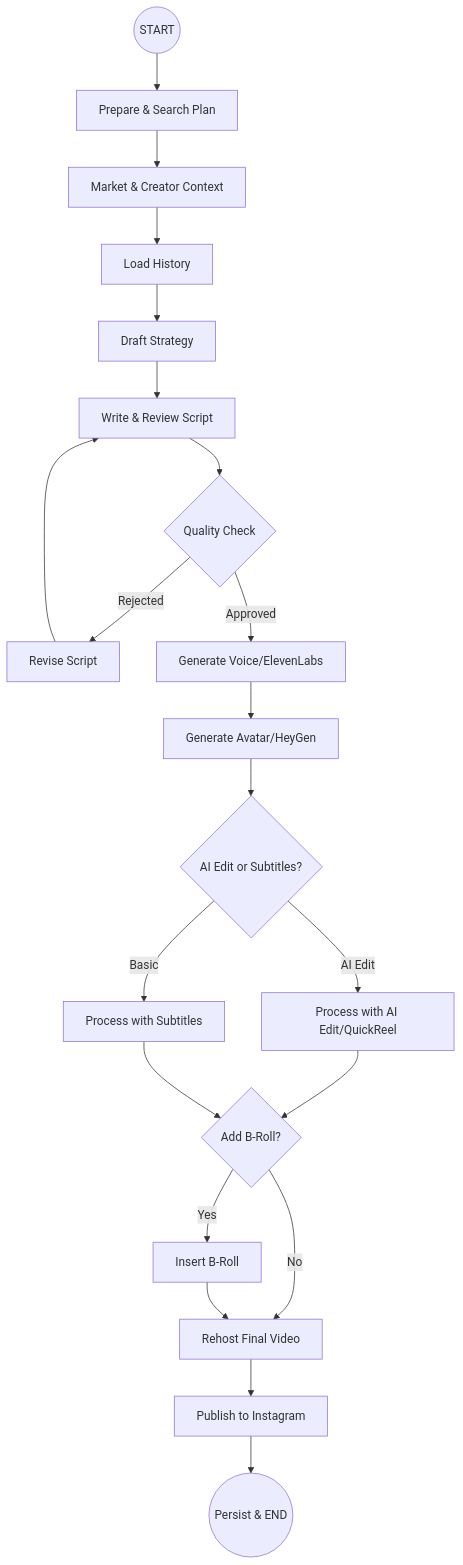
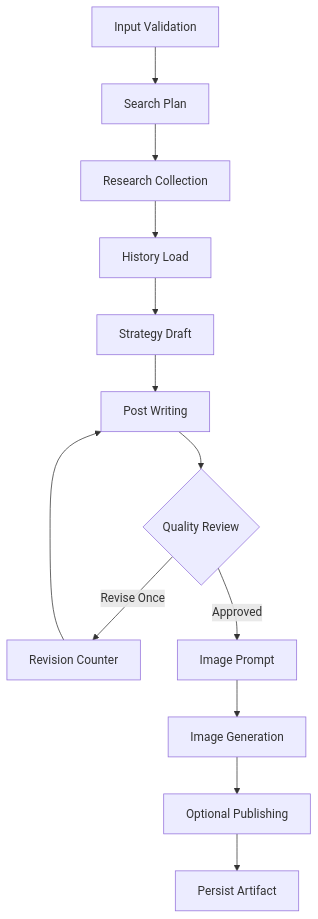
One commit to shivamrajput-py/Content-Automation-AgenticAI changed the second of 3 diagrams in README.md. Above: the diagram before and after it, drawn with Mermaid. The commit also changed other lines of this file and 24 other files, not shown here.

````diff
--- a/README.md
+++ b/README.md
@@ -50,35 +136,15 @@
 ```mermaid
 graph TD
-    Start((START))
-    Prep[Prepare & Search Plan]
-    Research[Market & Creator Context]
-    History[Load History]
-    Strategy[Draft Strategy]
-    Script[Write & Review Script]
-    ReviewCond{Quality Check}
-    Revise[Revise Script]
-    
-    Start --> Prep --> Research --> History --> Strategy --> Script
-    Script --> ReviewCond
-    ReviewCond -- Rejected --> Revise --> Script
-    
-    Audio[Generate Voice/ElevenLabs]
-    Video[Generate Avatar/HeyGen]
-    ReviewCond -- Approved --> Audio --> Video
-    
-    ProcessCond{AI Edit or Subtitles?}
-    Video --> ProcessCond
-    
-    AIEdit[Process with AI Edit/QuickReel]
-    Subtitles[Process with Subtitles]
-    ProcessCond -- AI Edit --> AIEdit
-    ProcessCond -- Basic --> Subtitles
-    
-    BRollCond{Add B-Roll?}
-    AIEdit & Subtitles --> BRollCond
-    BRollCond -- Yes --> AddBRoll[Insert B-Roll]
-    BRollCond -- No --> ReHost[Rehost Final Video]
-    
-    AddBRoll --> ReHost
-    ReHost --> Publish[Publish to Instagram] --> End((Persist & END))
+    A[Input Validation] --> B[Search Plan]
+    B --> C[Research Collection]
+    C --> D[History Load]
+    D --> E[Strategy Draft]
+    E --> F[Post Writing]
+    F --> G{Quality Review}
+    G -->|Revise Once| H[Revision Counter]
+    H --> F
+    G -->|Approved| I[Image Prompt]
+    I --> J[Image Generation]
+    J --> K[Optional Publishing]
+    K --> L[Persist Artifact]
 ```
````
